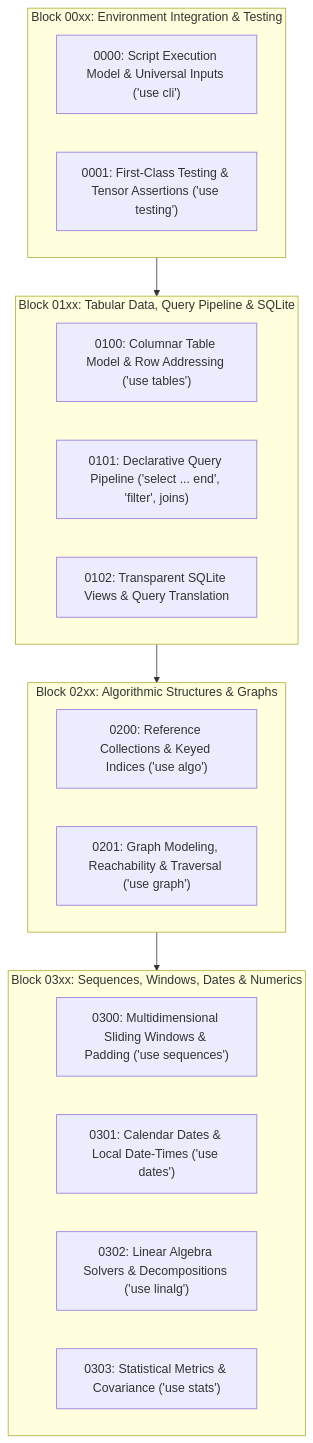
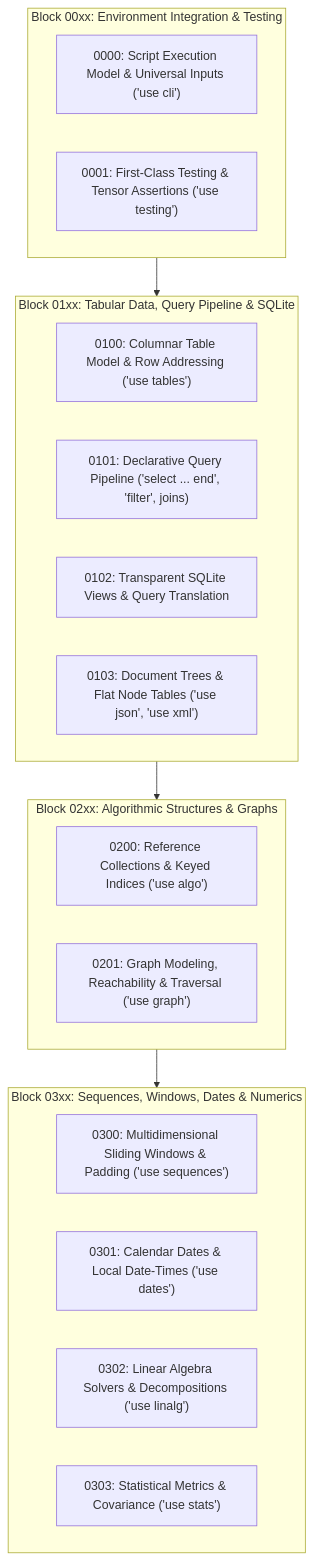
One commit to kmmbvnr/rank changed the diagram in docs/adr/stdlib/README.md. Above: the diagram before and after it, drawn with Mermaid. The commit also changed other lines of this file and 20 other files, not shown here.

First line of the commit message:
feat(stdlib): decode JSON and XML as a tree or a flat table of nodes

````diff
--- a/docs/adr/stdlib/README.md
+++ b/docs/adr/stdlib/README.md
@@ -20,29 +20,30 @@
 ```mermaid
 flowchart TD
     subgraph Block0 ["Block 00xx: Environment Integration & Testing"]
         ADR0["0000: Script Execution Model & Universal Inputs ('use cli')"]
         ADR1["0001: First-Class Testing & Tensor Assertions ('use testing')"]
     end
 
     subgraph Block1 ["Block 01xx: Tabular Data, Query Pipeline & SQLite"]
         ADR100["0100: Columnar Table Model & Row Addressing ('use tables')"]
         ADR101["0101: Declarative Query Pipeline ('select ... end', 'filter', joins)"]
         ADR102["0102: Transparent SQLite Views & Query Translation"]
+        ADR103["0103: Document Trees & Flat Node Tables ('use json', 'use xml')"]
     end
 
     subgraph Block2 ["Block 02xx: Algorithmic Structures & Graphs"]
         ADR200["0200: Reference Collections & Keyed Indices ('use algo')"]
         ADR201["0201: Graph Modeling, Reachability & Traversal ('use graph')"]
     end
 
     subgraph Block3 ["Block 03xx: Sequences, Windows, Dates & Numerics"]
         ADR300["0300: Multidimensional Sliding Windows & Padding ('use sequences')"]
         ADR301["0301: Calendar Dates & Local Date-Times ('use dates')"]
         ADR302["0302: Linear Algebra Solvers & Decompositions ('use linalg')"]
         ADR303["0303: Statistical Metrics & Covariance ('use stats')"]
     end
 
     Block0 --> Block1
     Block1 --> Block2
     Block2 --> Block3
 ```
````
